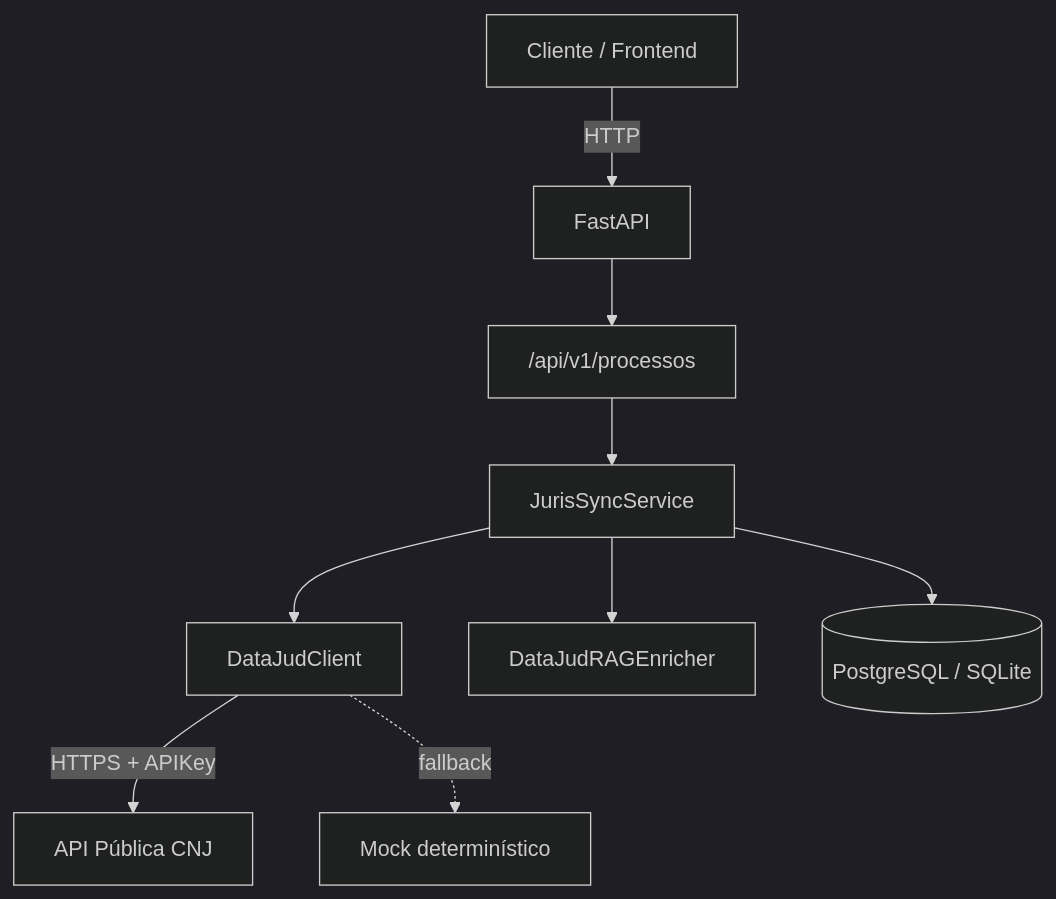
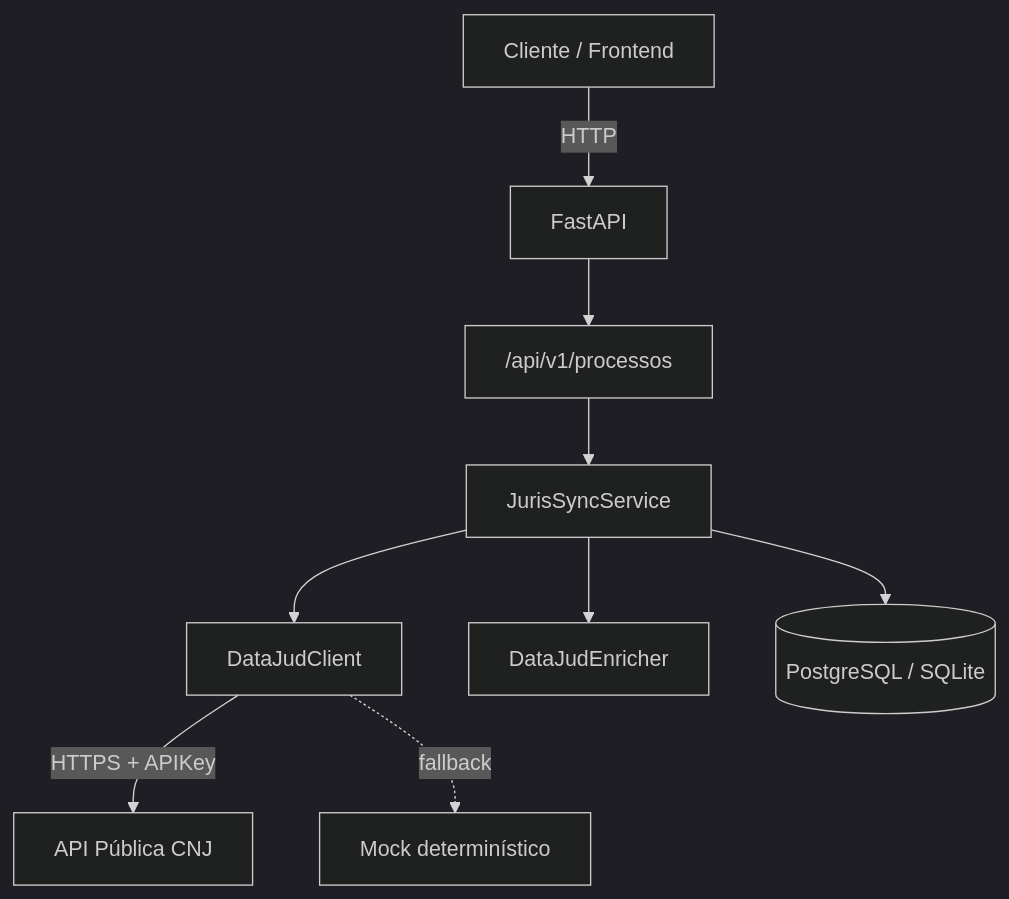
One commit to MariaHilmar/juris-sync changed the diagram in README.md. Above: the diagram before and after it, drawn with Mermaid (dark theme). The commit also changed other lines of this file and 24 other files, not shown here.

````diff
--- a/README.md
+++ b/README.md
@@ -36,11 +37,11 @@
 ```mermaid
 graph TD
     Client[Cliente / Frontend] -->|HTTP| API[FastAPI]
     API --> Router["/api/v1/processos"]
     Router --> Service[JurisSyncService]
     Service --> ClientDJ[DataJudClient]
     ClientDJ -->|HTTPS + APIKey| DataJud[API Pública CNJ]
     ClientDJ -.->|fallback| Mock[Mock determinístico]
-    Service --> RAG[DataJudRAGEnricher]
+    Service --> Enrich[DataJudEnricher]
     Service --> DB[(PostgreSQL / SQLite)]
 ```
````
